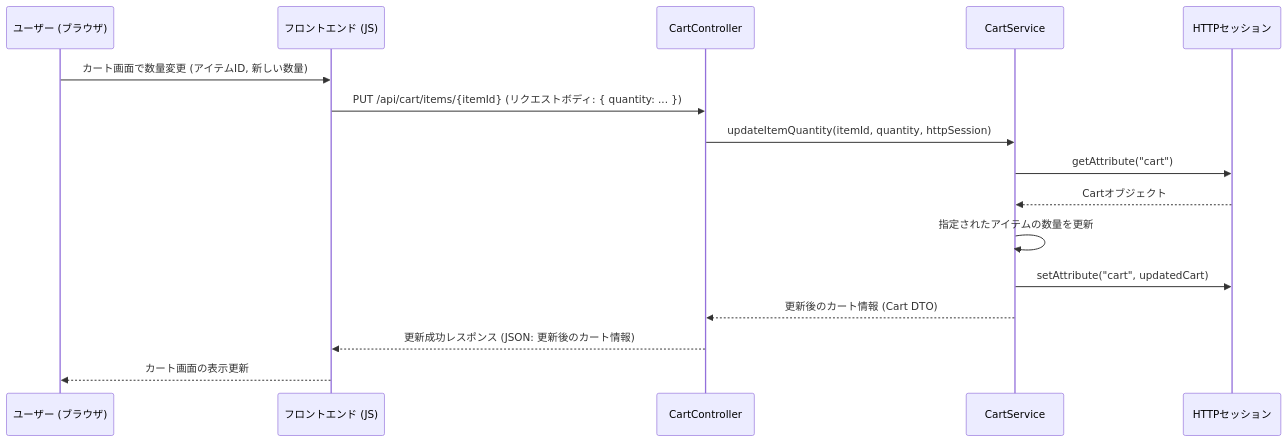
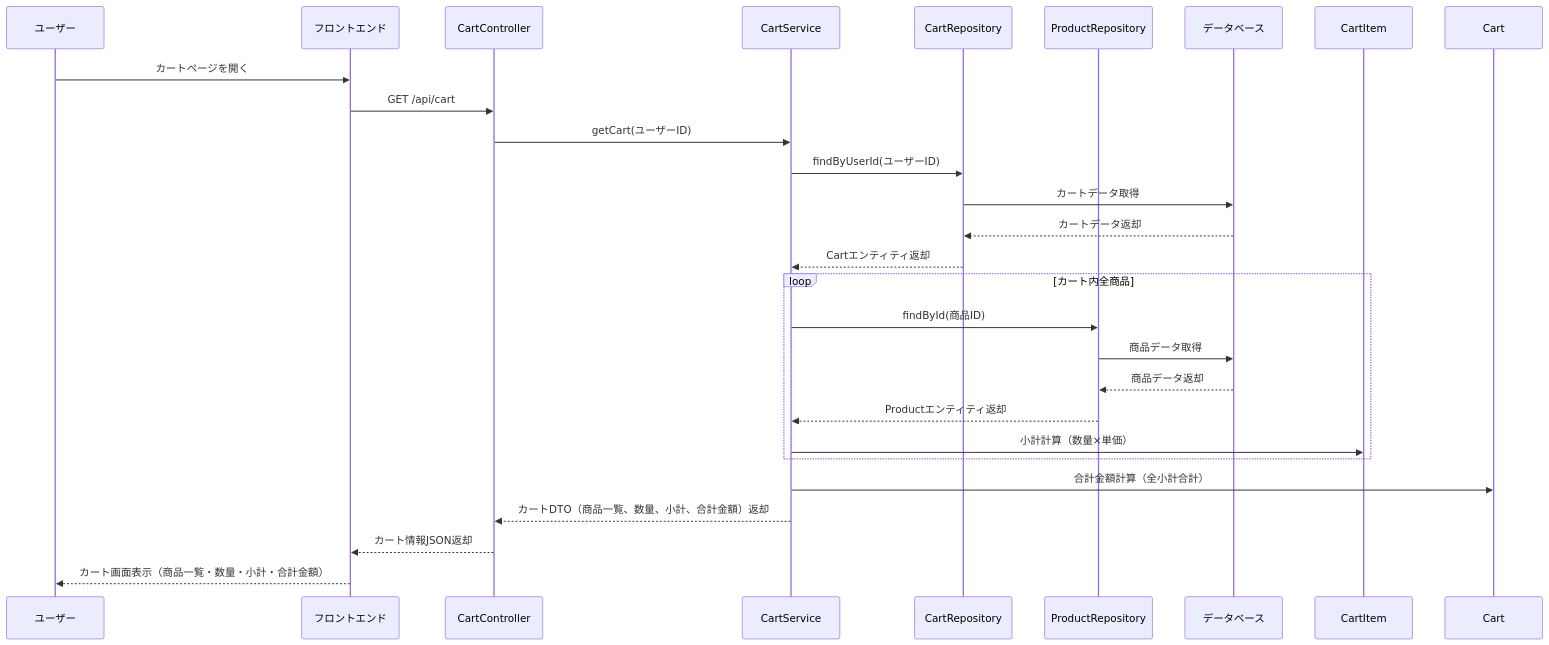
Before and after one commit to Aoi-Yaegashi/teamF: the fifth of 28 diagrams in 詳細設計/担当B_村田/3.2 機能詳細.md, drawn with Mermaid. The commit also changed other lines of this file and 1 other file, not shown here.

```diff
--- a/詳細設計/担当B_村田/3.2 機能詳細.md
+++ b/詳細設計/担当B_村田/3.2 機能詳細.md
@@ -132,19 +139,29 @@
 <div class="mermaid">
 sequenceDiagram
-    participant User as ユーザー (ブラウザ)
-    participant FE as フロントエンド (JS)
-    participant CartController
-    participant CartService
-    participant HttpSession as HTTPセッション
+    participant User as ユーザー
+    participant Browser as フロントエンド
+    participant CartController as CartController
+    participant CartService as CartService
+    participant CartRepo as CartRepository
+    participant ProductRepo as ProductRepository
+    participant DB as データベース
 
-    User->>FE: カート画面で数量変更 (アイテムID, 新しい数量)
-    FE->>CartController: PUT /api/cart/items/{itemId} (リクエストボディ: { quantity: ... })
-    CartController->>CartService: updateItemQuantity(itemId, quantity, httpSession)
-    CartService->>HttpSession: getAttribute("cart")
-    HttpSession-->>CartService: Cartオブジェクト
-    CartService->>CartService: 指定されたアイテムの数量を更新
-    CartService->>HttpSession: setAttribute("cart", updatedCart)
-    CartService-->>CartController: 更新後のカート情報 (Cart DTO)
-    CartController-->>FE: 更新成功レスポンス (JSON: 更新後のカート情報)
-    FE-->>User: カート画面の表示更新
+    User->>Browser: カートページを開く
+    Browser->>CartController: GET /api/cart
+    CartController->>CartService: getCart(ユーザーID)
+    CartService->>CartRepo: findByUserId(ユーザーID)
+    CartRepo->>DB: カートデータ取得
+    DB-->>CartRepo: カートデータ返却
+    CartRepo-->>CartService: Cartエンティティ返却
+    loop カート内全商品
+        CartService->>ProductRepo: findById(商品ID)
+        ProductRepo->>DB: 商品データ取得
+        DB-->>ProductRepo: 商品データ返却
+        ProductRepo-->>CartService: Productエンティティ返却
+        CartService->>CartItem: 小計計算（数量×単価）
+    end
+    CartService->>Cart: 合計金額計算（全小計合計）
+    CartService-->>CartController: カートDTO（商品一覧、数量、小計、合計金額）返却
+    CartController-->>Browser: カート情報JSON返却
+    Browser-->>User: カート画面表示（商品一覧・数量・小計・合計金額）
 </div>
```
